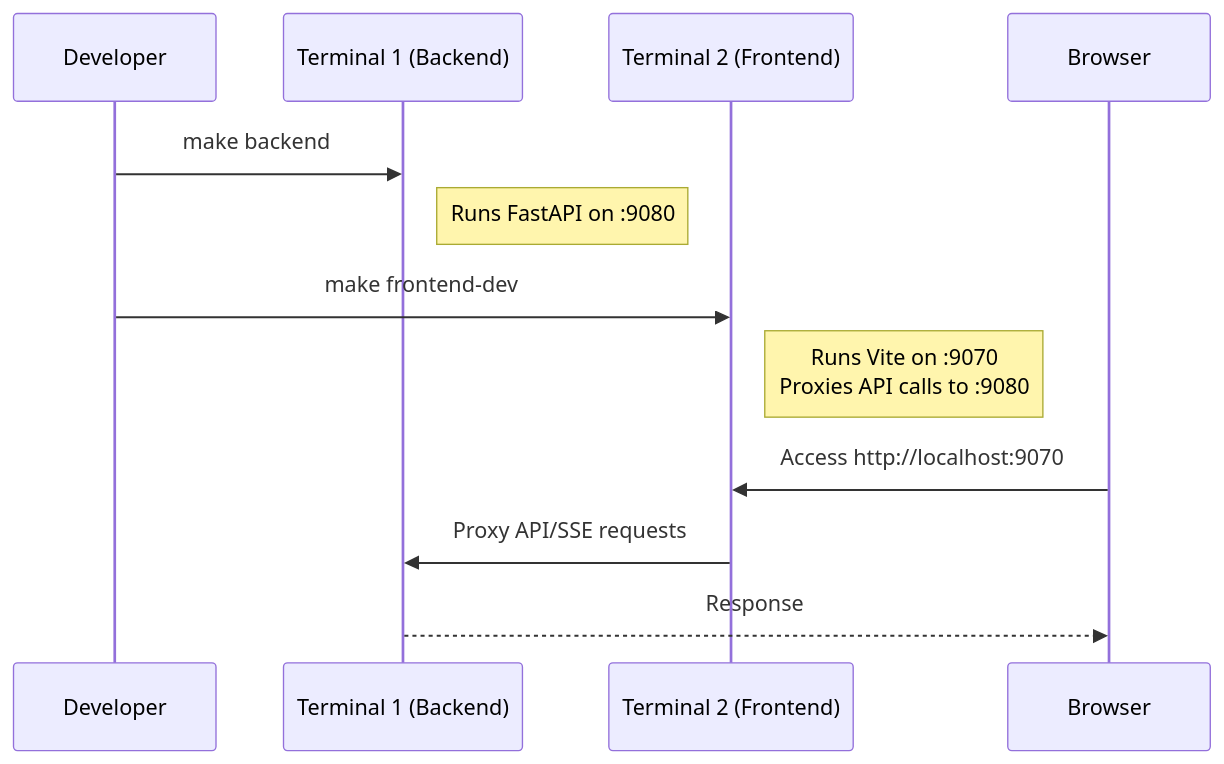
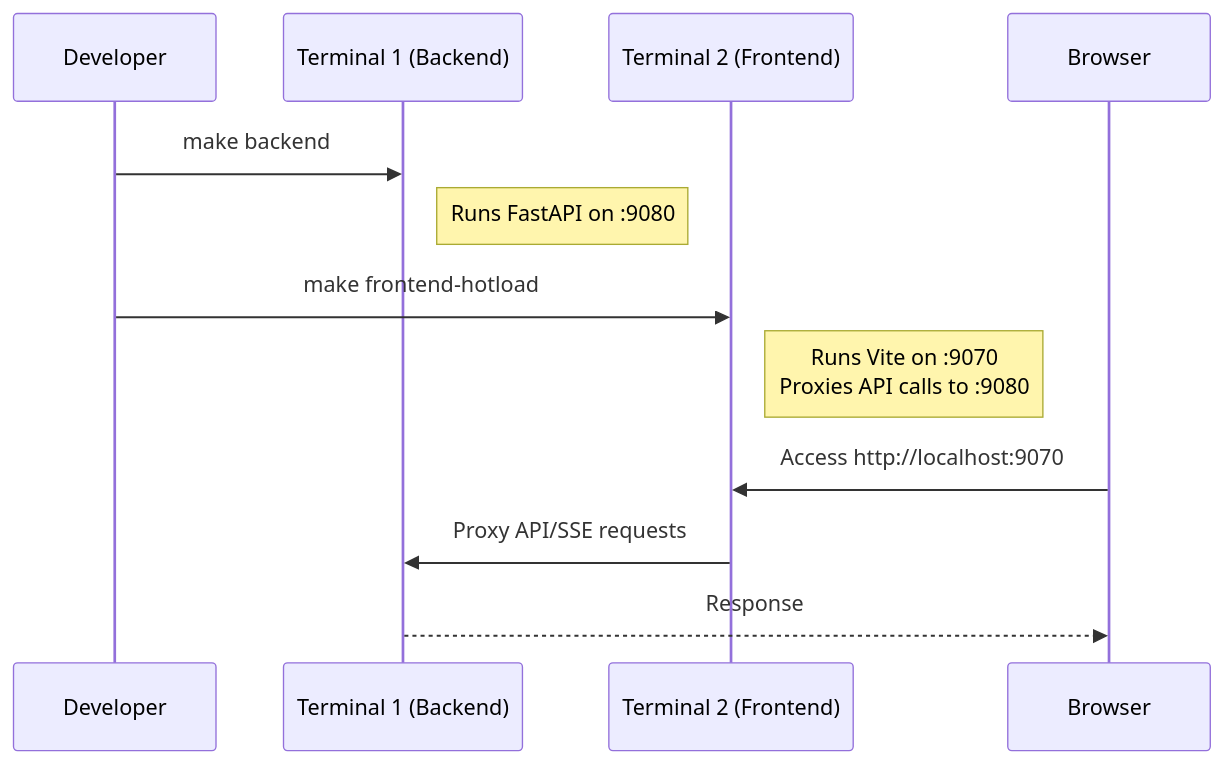
One commit to lamnguyenx/NotifyHub changed the second of 3 diagrams in README.md. Above: the diagram before and after it, drawn with Mermaid. The commit also changed other lines of this file and 5 other files, not shown here.

Commit message:
Rename 'dev' to 'hot-reload' terminology for frontend mode clarity

````diff
--- a/README.md
+++ b/README.md
@@ -122,17 +122,17 @@
 ```mermaid
 sequenceDiagram
     participant Dev as Developer
     participant Term1 as Terminal 1 (Backend)
     participant Term2 as Terminal 2 (Frontend)
     participant Browser
 
      Dev->>Term1: make backend
      Note right of Term1: Runs FastAPI on :9080
-     Dev->>Term2: make frontend-dev
+     Dev->>Term2: make frontend-hotload
      Note right of Term2: Runs Vite on :9070<br/>Proxies API calls to :9080
 
     Browser->>Term2: Access http://localhost:9070
     Term2->>Term1: Proxy API/SSE requests
     Term1-->>Browser: Response
 
 ```
````
